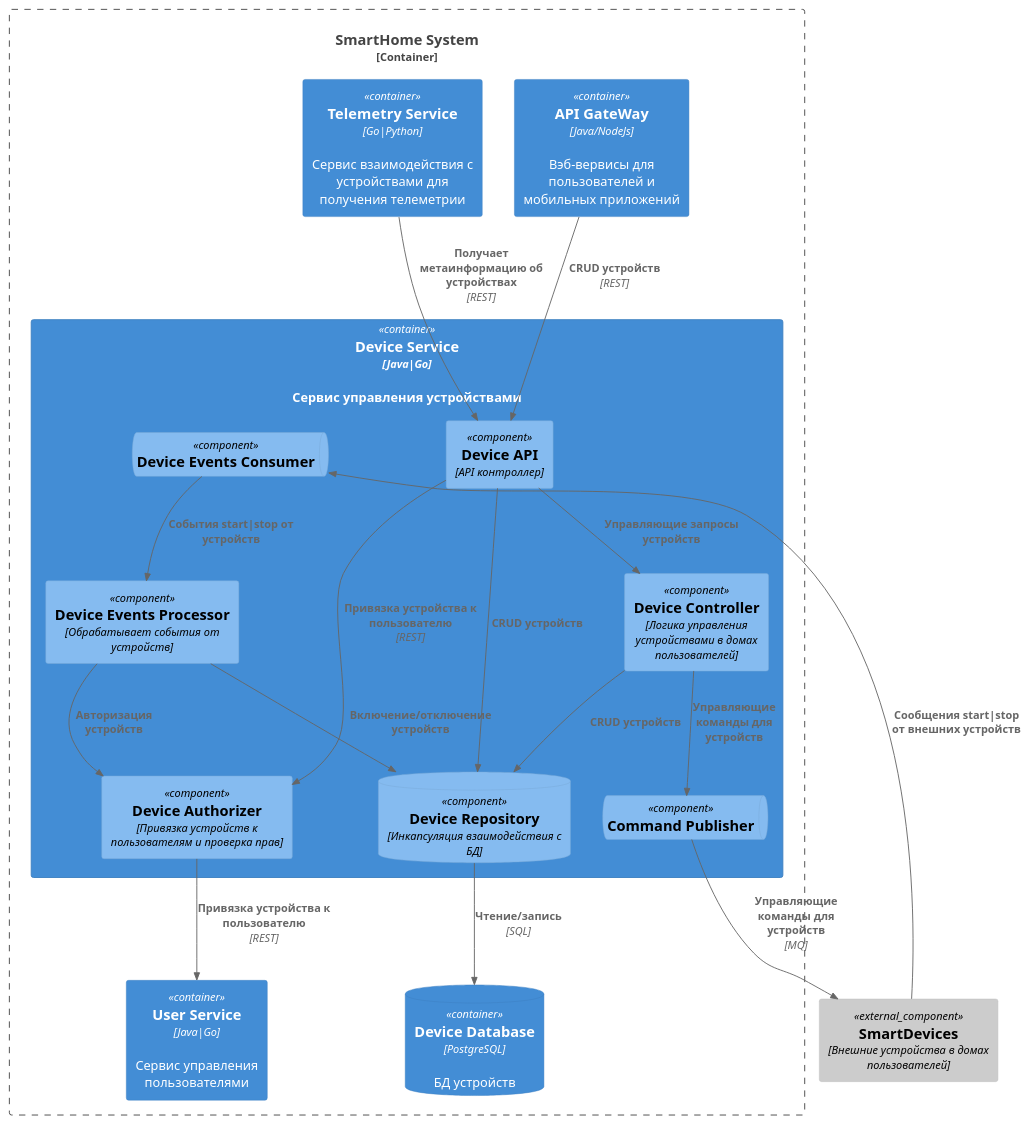
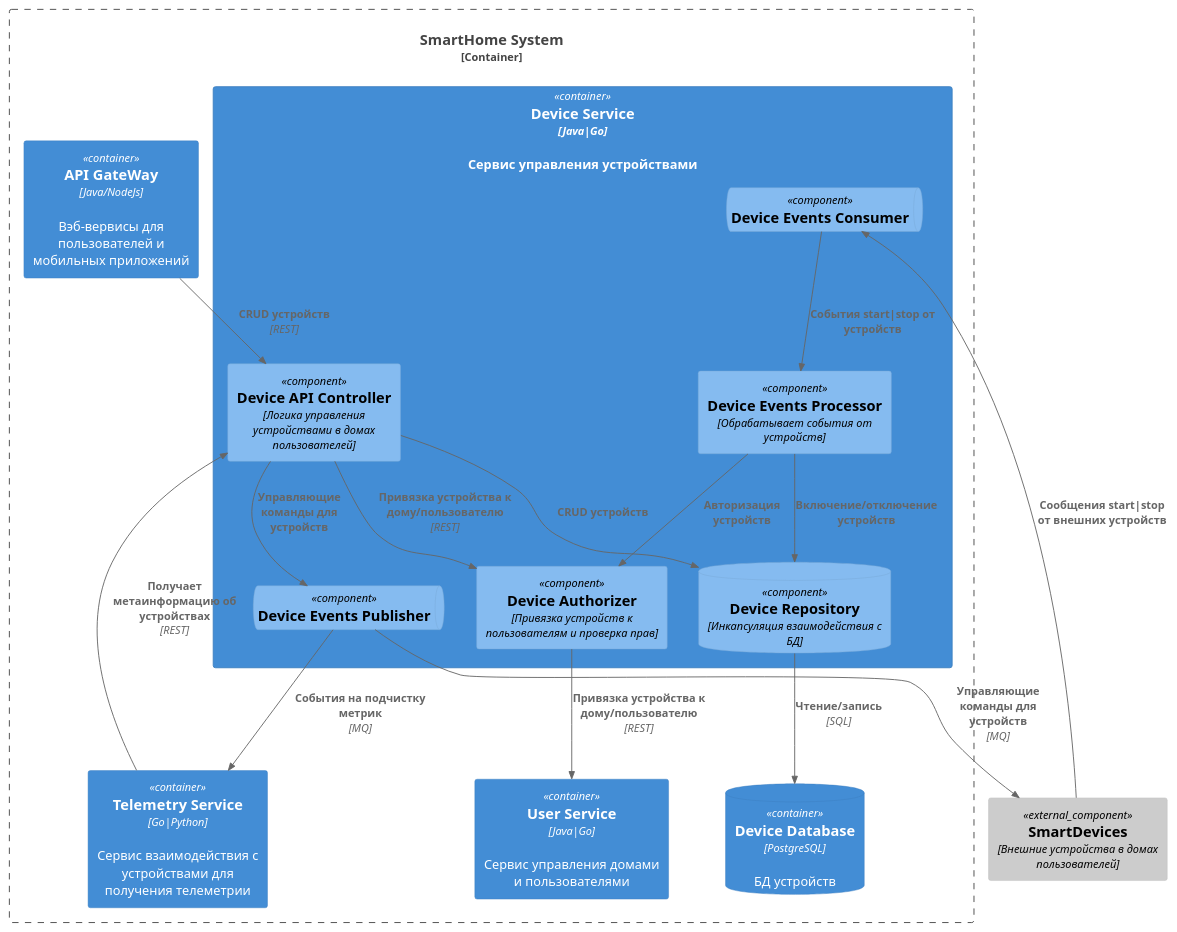
One commit to Yandex-Practicum/architecture-pro-warmhouse changed the diagram in schemas/C4_component.puml. Above: the diagram before and after it, drawn with PlantUML. The commit also changed 2 other files, not shown here.

```diff
--- a/schemas/C4_component.puml
+++ b/schemas/C4_component.puml
@@ -1,45 +1,43 @@
 @startuml
 !include https://raw.githubusercontent.com/plantuml-stdlib/C4-PlantUML/master/C4_Component.puml
 
 Container_Boundary(smartHomeSystem, "SmartHome System") {
     Container(apiGW, "API GateWay", "Java/NodeJs", "Вэб-вервисы для пользователей и мобильных приложений")
-    Container(userService, "User Service", "Java|Go", "Сервис управления пользователями")
+    Container(userService, "User Service", "Java|Go", "Сервис управления домами и пользователями")
     Container(telemetryService, "Telemetry Service", "Go|Python", "Сервис взаимодействия с устройствами для получения телеметрии")
     Container(deviceService, "Device Service", "Java|Go", "Сервис управления устройствами") {
 
         Component(deviceAuthorizer, "Device Authorizer", "Привязка устройств к пользователям и проверка прав")
         ComponentDb(deviceRepository, "Device Repository", "Инкапсуляция взаимодействия с БД")
-        Component(deviceAPI, "Device API", "API контроллер")
-        Component(deviceController, "Device Controller", "Логика управления устройствами в домах пользователей")
+        Component(deviceAPIController, "Device API Controller", "Логика управления устройствами в домах пользователей")
 
-        ComponentQueue(commandPublisher, "Command Publisher")
+        ComponentQueue(eventsPublisher, "Device Events Publisher")
         ComponentQueue(eventConsumer, "Device Events Consumer")
         Component(eventProcessor, "Device Events Processor", "Обрабатывает события от устройств")
     }
     ContainerDb(deviceDatabase, "Device Database", "PostgreSQL", "БД устройств")
 }
 
 Component_Ext(smartDevices ,"SmartDevices", "Внешние устройства в домах пользователей")
 
 Rel(deviceRepository, deviceDatabase, "Чтение/запись", "SQL")
 
-Rel(telemetryService, deviceAPI, "Получает метаинформацию об устройствах", "REST")
+Rel(telemetryService, deviceAPIController, "Получает метаинформацию об устройствах", "REST")
 
-Rel(apiGW, deviceAPI, "CRUD устройств", "REST")
+Rel(apiGW, deviceAPIController, "CRUD устройств", "REST")
 
-Rel(deviceAPI, deviceRepository, "CRUD устройств")
-Rel(deviceController, deviceRepository, "CRUD устройств")
-Rel(deviceAPI, deviceController, "Управляющие запросы устройств")
+Rel(deviceAPIController, deviceRepository, "CRUD устройств")
 
-Rel(deviceAPI, deviceAuthorizer, "Привязка устройства к пользователю", "REST")
-Rel(deviceAuthorizer, userService, "Привязка устройства к пользователю", "REST")
+Rel(deviceAPIController, deviceAuthorizer, "Привязка устройства к дому/пользователю", "REST")
+Rel(deviceAuthorizer, userService, "Привязка устройства к дому/пользователю", "REST")
 
 Rel(eventConsumer, eventProcessor, "События start|stop от устройств")
 Rel(eventProcessor, deviceAuthorizer, "Авторизация устройств")
 Rel(eventProcessor, deviceRepository, "Включение/отключение устройств")
 
-Rel(deviceController, commandPublisher, "Управляющие команды для устройств")
-Rel(commandPublisher, smartDevices, "Управляющие команды для устройств", "MQ")
+Rel(deviceAPIController, eventsPublisher, "Управляющие команды для устройств")
+Rel(eventsPublisher, smartDevices, "Управляющие команды для устройств", "MQ")
+Rel(eventsPublisher, telemetryService, "События на подчистку метрик", "MQ")
 Rel(smartDevices, eventConsumer, "Сообщения start|stop от внешних устройств")
 
 @enduml
```
